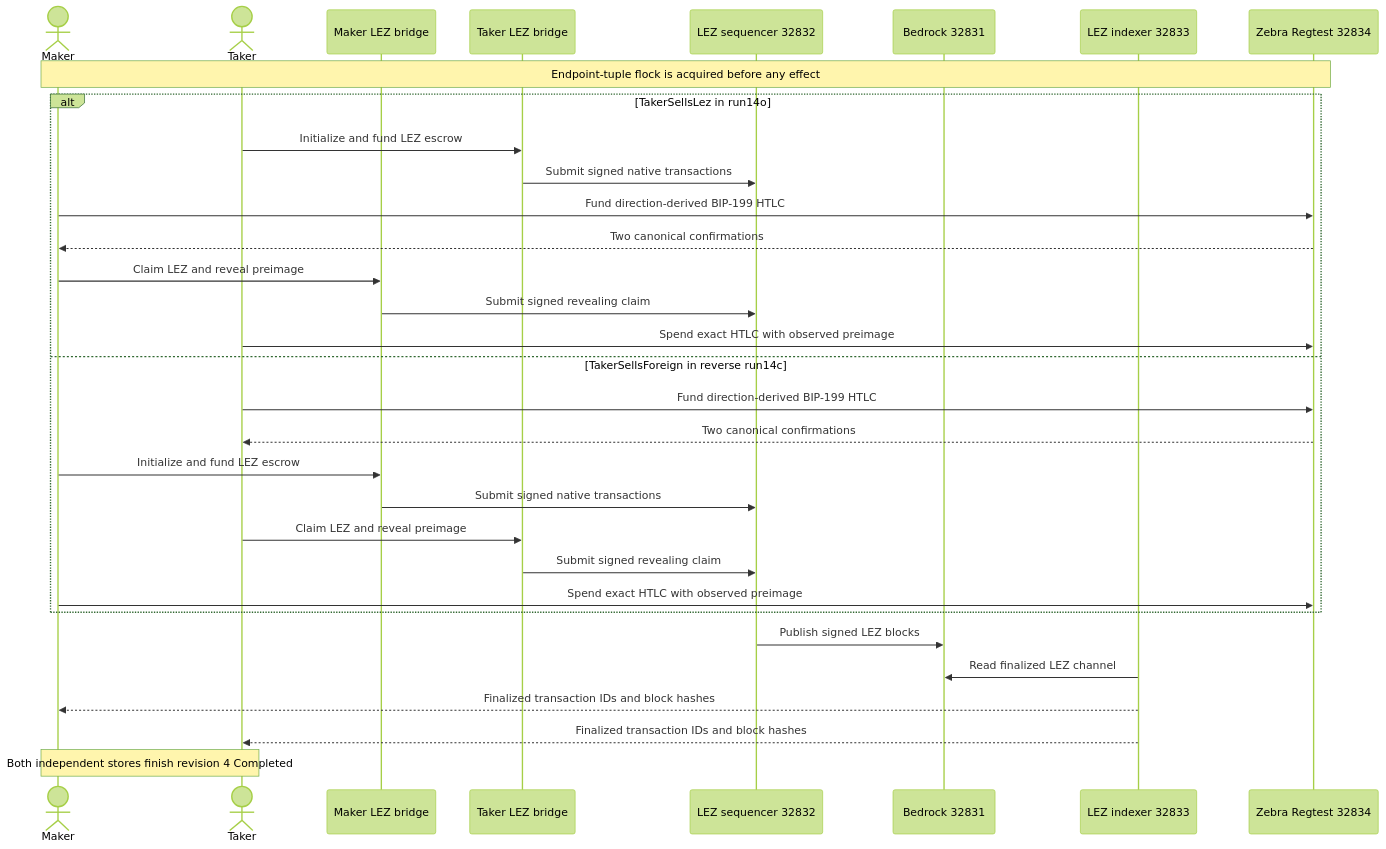
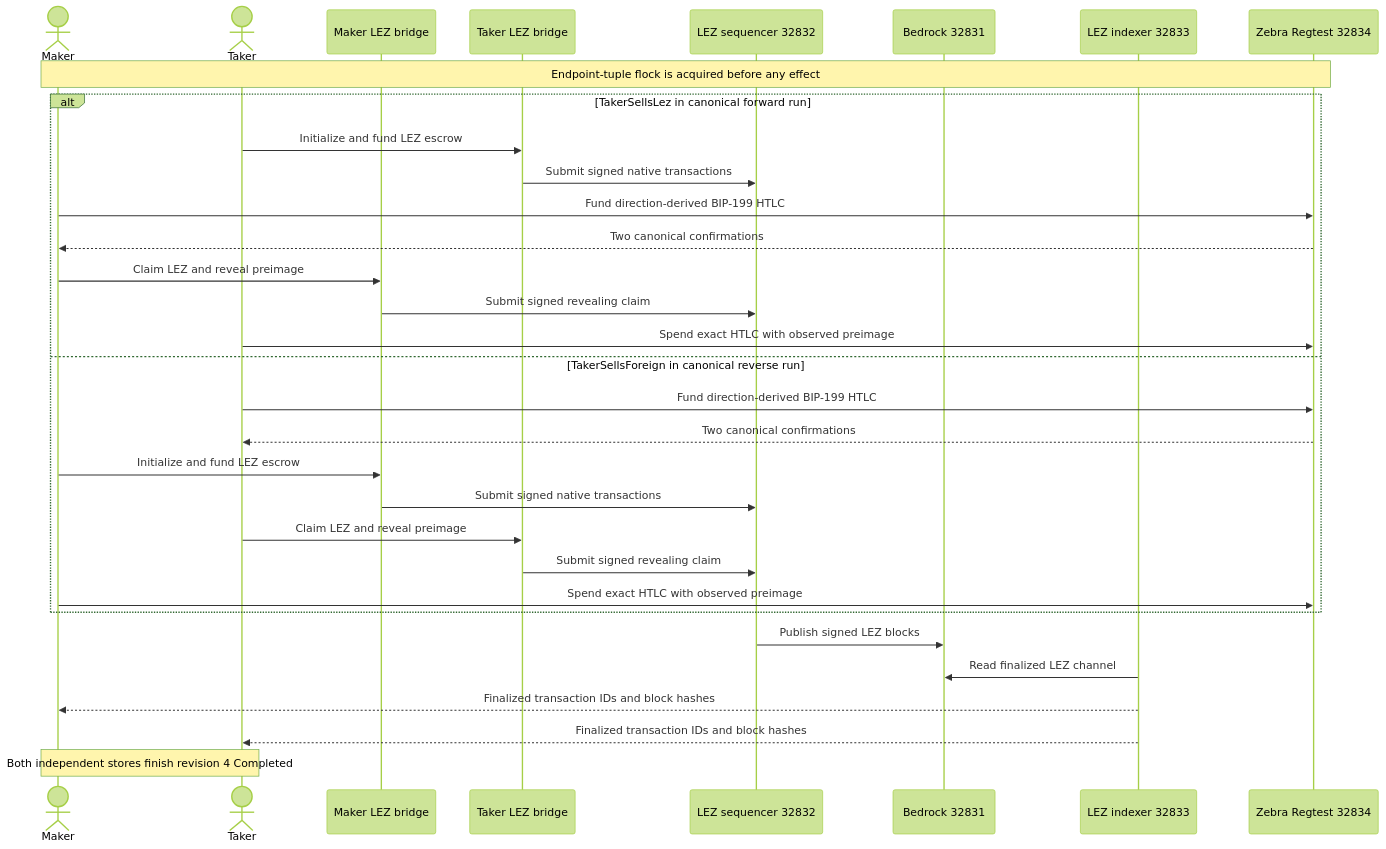
Before and after one commit to gateway-fm/lez-atomic-swaps: the fourth of 13 diagrams in docs/architecture/system-architecture.md, drawn with Mermaid (forest theme). The commit also changed other lines of this file and 21 other files, not shown here.

````diff
--- a/docs/architecture/system-architecture.md
+++ b/docs/architecture/system-architecture.md
@@ -507,35 +592,35 @@
 ```mermaid
 sequenceDiagram
     actor Maker
     actor Taker
     participant MakerBridge as Maker LEZ bridge
     participant TakerBridge as Taker LEZ bridge
     participant Sequencer as LEZ sequencer 32832
     participant Bedrock as Bedrock 32831
     participant Indexer as LEZ indexer 32833
     participant Zebra as Zebra Regtest 32834
 
     Note over Maker,Zebra: Endpoint-tuple flock is acquired before any effect
-    alt TakerSellsLez in run14o
+    alt TakerSellsLez in canonical forward run
         Taker->>TakerBridge: Initialize and fund LEZ escrow
         TakerBridge->>Sequencer: Submit signed native transactions
         Maker->>Zebra: Fund direction-derived BIP-199 HTLC
         Zebra-->>Maker: Two canonical confirmations
         Maker->>MakerBridge: Claim LEZ and reveal preimage
         MakerBridge->>Sequencer: Submit signed revealing claim
         Taker->>Zebra: Spend exact HTLC with observed preimage
-    else TakerSellsForeign in reverse run14c
+    else TakerSellsForeign in canonical reverse run
         Taker->>Zebra: Fund direction-derived BIP-199 HTLC
         Zebra-->>Taker: Two canonical confirmations
         Maker->>MakerBridge: Initialize and fund LEZ escrow
         MakerBridge->>Sequencer: Submit signed native transactions
         Taker->>TakerBridge: Claim LEZ and reveal preimage
         TakerBridge->>Sequencer: Submit signed revealing claim
         Maker->>Zebra: Spend exact HTLC with observed preimage
     end
     Sequencer->>Bedrock: Publish signed LEZ blocks
     Indexer->>Bedrock: Read finalized LEZ channel
     Indexer-->>Maker: Finalized transaction IDs and block hashes
     Indexer-->>Taker: Finalized transaction IDs and block hashes
     Note over Maker,Taker: Both independent stores finish revision 4 Completed
 ```
````
